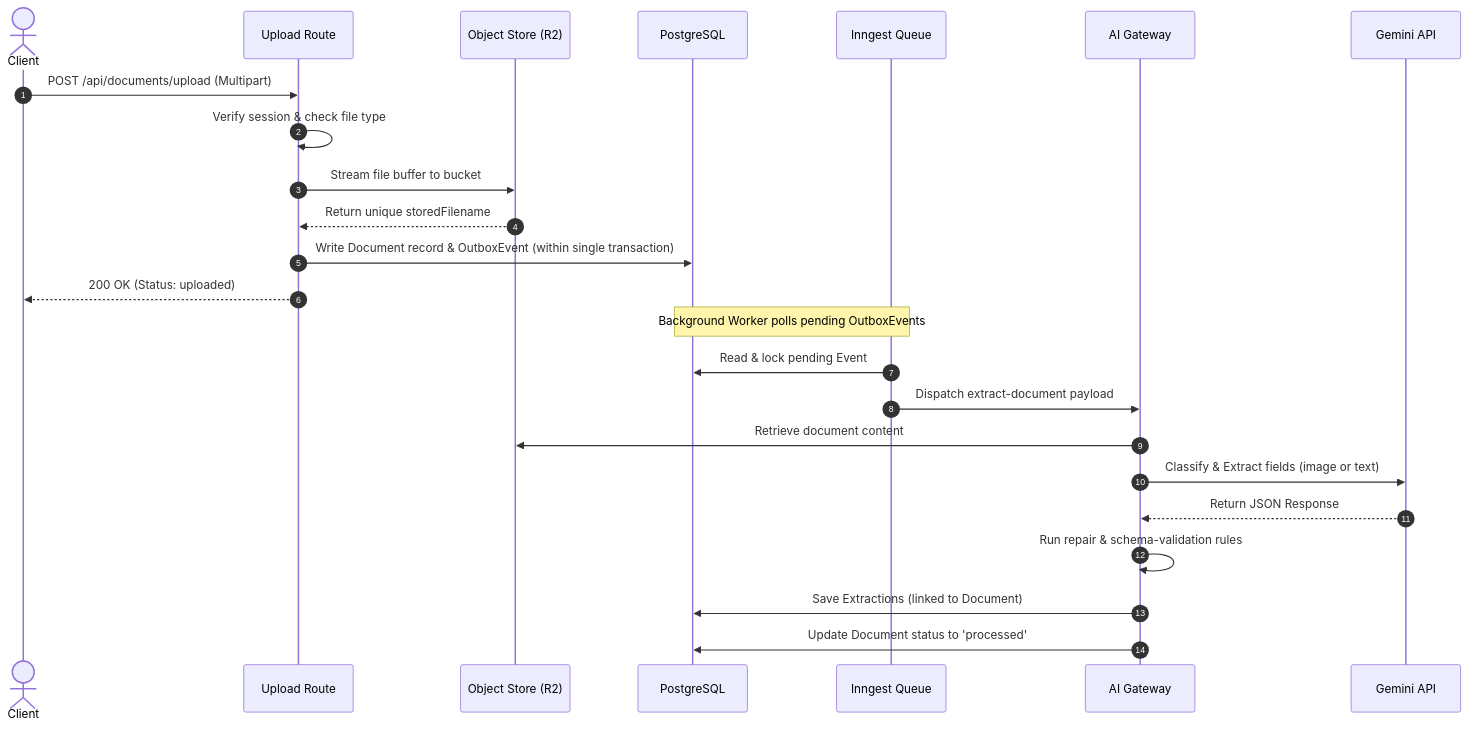
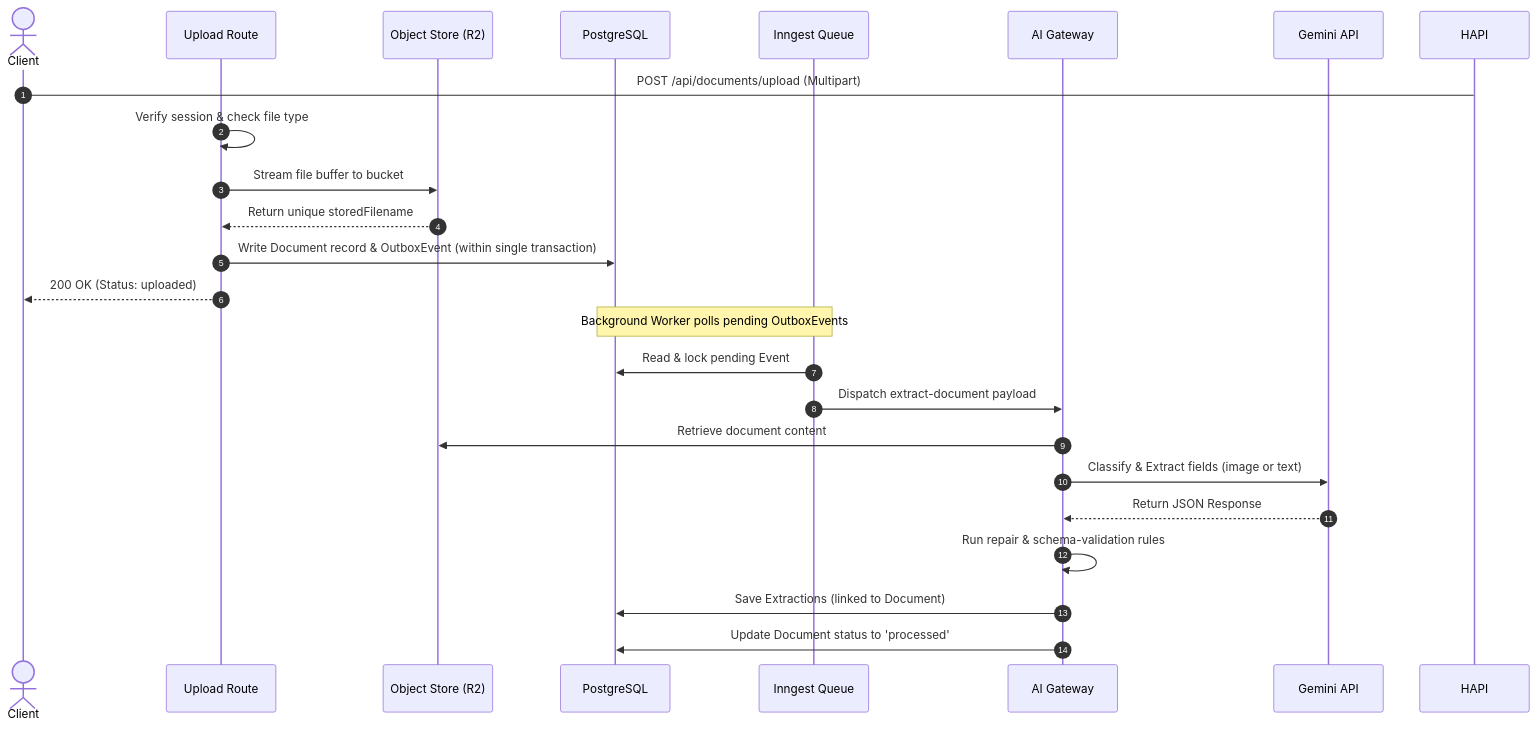
One commit to Siam-449840/TaxDox-AI changed the second of 3 diagrams in README.md. Above: the diagram before and after it, drawn with Mermaid. The commit also changed other lines of this file, not shown here.

````diff
--- a/README.md
+++ b/README.md
@@ -265,28 +272,28 @@
 ```mermaid
 sequenceDiagram
     autonumber
     actor Client
     participant API as Upload Route
     participant R2 as Object Store (R2)
     participant DB as PostgreSQL
     participant Inngest as Inngest Queue
     participant GW as AI Gateway
     participant Gemini as Gemini API
 
-    Client->>API: POST /api/documents/upload (Multipart)
+    Client->HAPI: POST /api/documents/upload (Multipart)
     API->>API: Verify session & check file type
     API->>R2: Stream file buffer to bucket
     R2-->>API: Return unique storedFilename
     API->>DB: Write Document record & OutboxEvent (within single transaction)
     API-->>Client: 200 OK (Status: uploaded)
     
     Note over Inngest, DB: Background Worker polls pending OutboxEvents
     Inngest->>DB: Read & lock pending Event
     Inngest->>GW: Dispatch extract-document payload
     GW->>R2: Retrieve document content
     GW->>Gemini: Classify & Extract fields (image or text)
     Gemini-->>GW: Return JSON Response
     GW->>GW: Run repair & schema-validation rules
     GW->>DB: Save Extractions (linked to Document)
     GW->>DB: Update Document status to 'processed'
 ```
````
